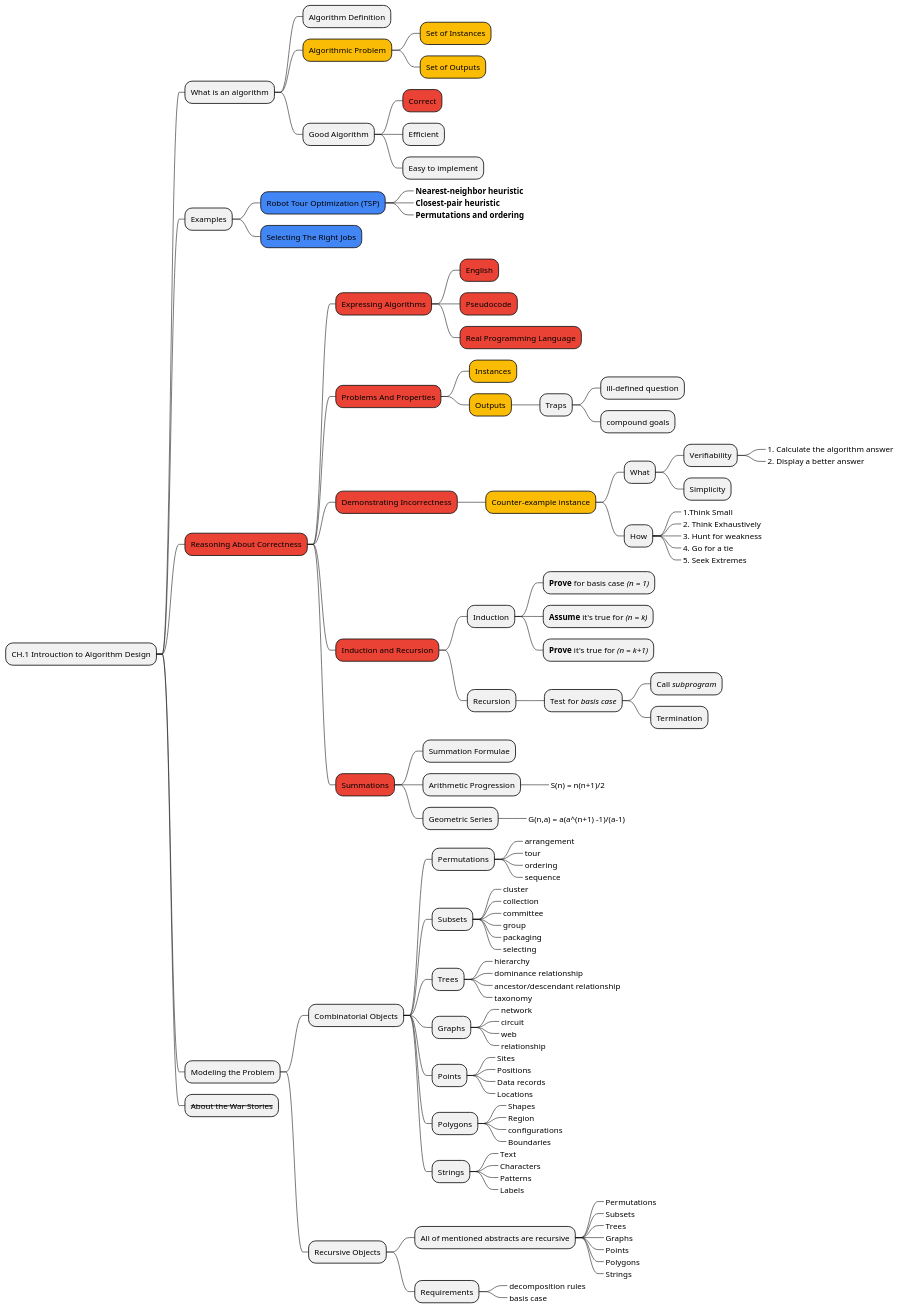
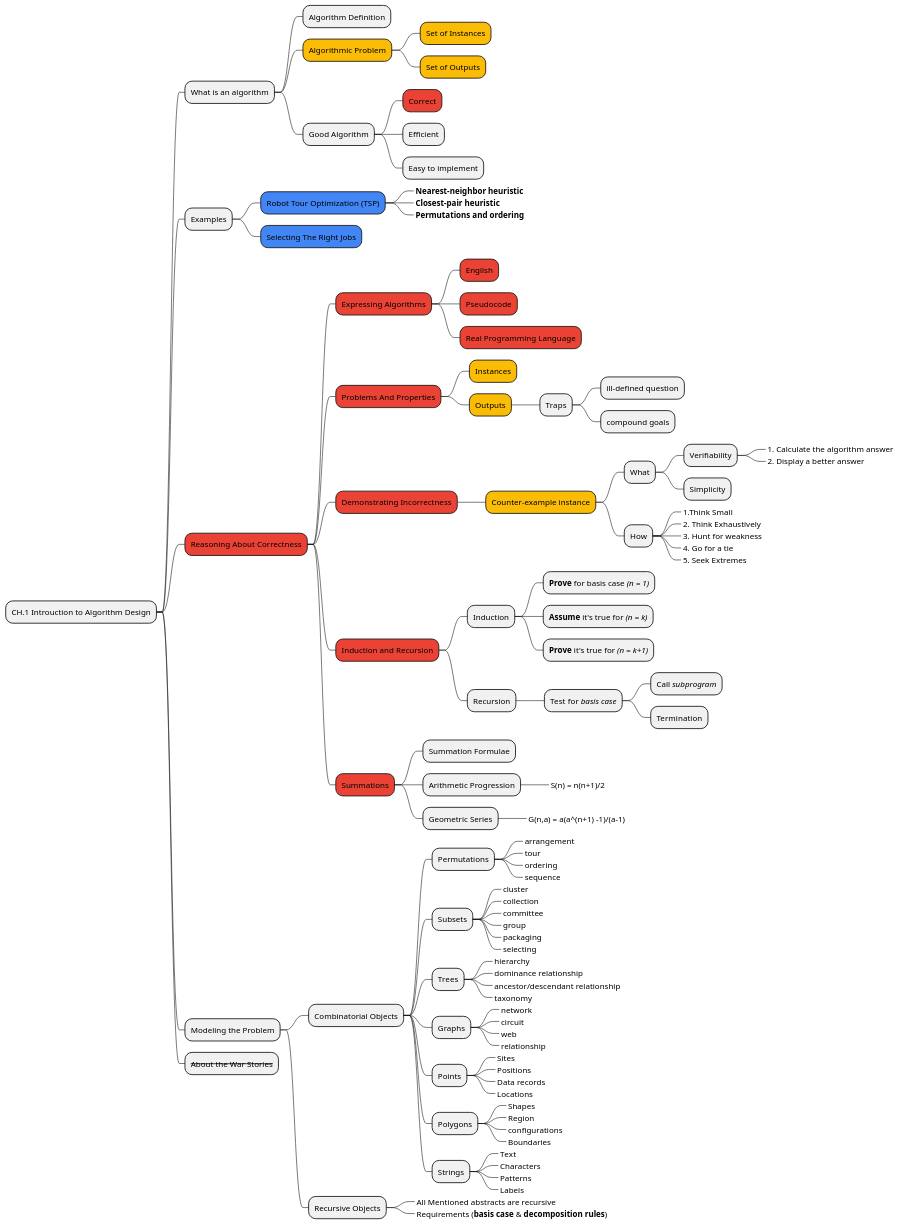
The diagram in introduction-to-alogorithm-design.puml (imdhemy/adm-mind-maps), drawn with PlantUML before and after one commit. The commit also changed 1 other file, not shown here.

Commit message:
update introduction to algorith desgin graph

```diff
--- a/introduction-to-alogorithm-design.puml
+++ b/introduction-to-alogorithm-design.puml
@@ -7,109 +7,100 @@
 @startmindmap
 * CH.1 Introuction to Algorithm Design
     ** What is an algorithm
         *** Algorithm Definition
         ***[#FBBC05] Algorithmic Problem
             ****[#FBBC05] Set of Instances
             ****[#FBBC05] Set of Outputs
         *** Good Algorithm
             ****[#EA4335] Correct
             **** Efficient
             **** Easy to implement
     ** Examples
         ***[#4285F4] Robot Tour Optimization (TSP)
             ****_ <b>Nearest-neighbor heuristic</b>
             ****_ <b>Closest-pair heuristic</b>
             ****_ <b>Permutations and ordering</b>
         ***[#4285F4] Selecting The Right Jobs
     **[#EA4335] Reasoning About Correctness
         ***[#EA4335] Expressing Algorithms
             ****[#EA4335] English
             ****[#EA4335] Pseudocode
             ****[#EA4335] Real Programming Language
         ***[#EA4335] Problems And Properties
             ****[#FBBC05] Instances
             ****[#FBBC05] Outputs
                 ***** Traps
                     ****** ill-defined question
                     ****** compound goals
         ***[#EA4335] Demonstrating Incorrectness
             ****[#FBBC05] Counter-example instance
                 ***** What
                     ****** Verifiability
                         *******_ 1. Calculate the algorithm answer
                         *******_ 2. Display a better answer
                     ****** Simplicity
                 ***** How
                     ******_ 1.Think Small
                     ******_ 2. Think Exhaustively
                     ******_ 3. Hunt for weakness
                     ******_ 4. Go for a tie
                     ******_ 5. Seek Extremes
         ***[#EA4335] Induction and Recursion
            **** Induction
                ***** <b>Prove</b> for basis case <i>(n = 1)</i>
                ***** <b>Assume</b> it's true for <i>(n = k)</i>
                ***** <b>Prove</b> it's true for <i>(n = k+1)</i>
            **** Recursion
                ***** Test for <i>basis case</i>
                 ****** Call <i>subprogram</i>
                 ****** Termination
         ***[#EA4335] Summations
             **** Summation Formulae
             **** Arithmetic Progression
                 *****_ S(n) = n(n+1)/2
             **** Geometric Series
                 *****_ G(n,a) = a(a^(n+1) -1)/(a-1)
     ** Modeling the Problem
         *** Combinatorial Objects
             **** Permutations
                 *****_ arrangement
                 *****_ tour
                 *****_ ordering
                 *****_ sequence
             **** Subsets
                 *****_ cluster
                 *****_ collection
                 *****_ committee
                 *****_ group
                 *****_ packaging
                 *****_ selecting
             **** Trees
                 *****_ hierarchy
                 *****_ dominance relationship
                 *****_ ancestor/descendant relationship
                 *****_ taxonomy
             **** Graphs
                 *****_ network
                 *****_ circuit
                 *****_ web
                 *****_ relationship
             **** Points
                 *****_ Sites
                 *****_ Positions
                 *****_ Data records
                 *****_ Locations
             **** Polygons
                 *****_ Shapes
                 *****_ Region
                 *****_ configurations
                 *****_ Boundaries
             **** Strings
                  *****_ Text
                  *****_ Characters
                  *****_ Patterns
                  *****_ Labels
         *** Recursive Objects
-            **** All of mentioned abstracts are recursive
-                *****_ Permutations
-                *****_ Subsets
-                *****_ Trees
-                *****_ Graphs
-                *****_ Points
-                *****_ Polygons
-                *****_ Strings
-            **** Requirements
-                *****_ decomposition rules
-                *****_ basis case
+            ****_ All Mentioned abstracts are recursive
+            ****_ Requirements (<b>basis case</b> & <b>decomposition rules</b>)
     ** <s>About the War Stories</s>
 @endmindmap
```
